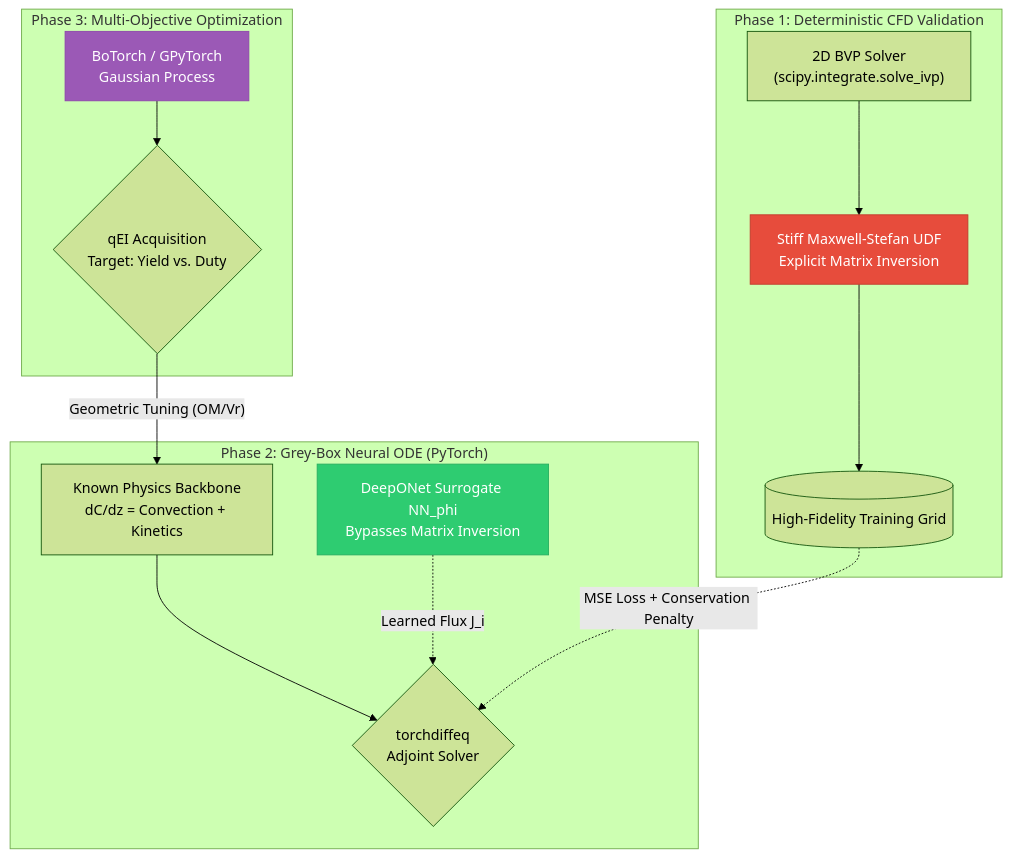
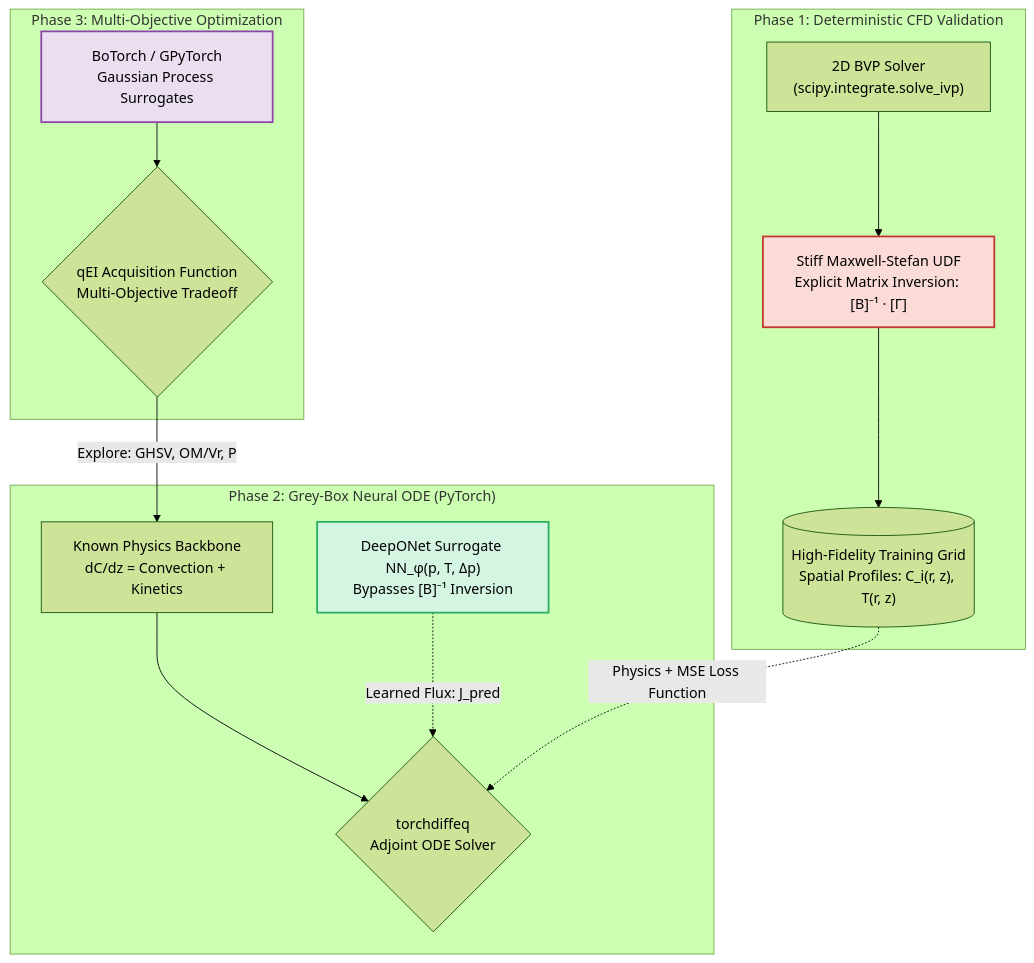
The second of 2 diagrams in README.md (shekharsameer2308/exi1), drawn with Mermaid (forest theme) before and after one commit. The commit also changed other lines of this file, not shown here.

Commit message:
Enhance Mermaid diagrams with clean Unicode math symbols and improved visual contrast

````diff
--- a/README.md
+++ b/README.md
@@ -57,22 +57,22 @@
 ```mermaid
-graph TD
-    subgraph "Phase 1: Deterministic CFD Validation"
-        A1["2D BVP Solver<br>(scipy.integrate.solve_ivp)"] --> A2["Stiff Maxwell-Stefan UDF<br>Explicit Matrix Inversion"]
-        A2 --> A3[("High-Fidelity Training Grid")]
+flowchart TD
+    subgraph P1["Phase 1: Deterministic CFD Validation"]
+        A1["2D BVP Solver<br>(scipy.integrate.solve_ivp)"] --> A2["Stiff Maxwell-Stefan UDF<br>Explicit Matrix Inversion: [B]⁻¹ · [Γ]"]
+        A2 --> A3[("High-Fidelity Training Grid<br>Spatial Profiles: C_i(r, z), T(r, z)")]
     end
 
-    subgraph "Phase 2: Grey-Box Neural ODE (PyTorch)"
-        B1["Known Physics Backbone<br>dC/dz = Convection + Kinetics"] --> B3{"torchdiffeq<br>Adjoint Solver"}
-        B2["DeepONet Surrogate NN_phi<br>Bypasses Matrix Inversion"] -.->|"Learned Flux J_i"| B3
-        A3 -.->|"MSE Loss + Conservation Penalty"| B3
+    subgraph P2["Phase 2: Grey-Box Neural ODE (PyTorch)"]
+        B1["Known Physics Backbone<br>dC/dz = Convection + Kinetics"] --> B3{"torchdiffeq<br>Adjoint ODE Solver"}
+        B2["DeepONet Surrogate NN_φ(p, T, Δp)<br>Bypasses [B]⁻¹ Inversion"] -.->|"Learned Flux: J_pred"| B3
+        A3 -.->|"Physics + MSE Loss Function"| B3
     end
 
-    subgraph "Phase 3: Multi-Objective Optimization"
-        C1["BoTorch / GPyTorch<br>Gaussian Process"] --> C2{"qEI Acquisition<br>Target: Yield vs. Duty"}
-        C2 -->|"Geometric Tuning (OM/Vr)"| B1
+    subgraph P3["Phase 3: Multi-Objective Optimization"]
+        C1["BoTorch / GPyTorch<br>Gaussian Process Surrogates"] --> C2{"qEI Acquisition Function<br>Multi-Objective Tradeoff"}
+        C2 -->|"Explore: GHSV, OM/Vr, P"| B1
     end
-    
-    style A2 fill:#e74c3c,color:#fff,stroke:#c0392b
-    style B2 fill:#2ecc71,color:#fff,stroke:#27ae60
-    style C1 fill:#9b59b6,color:#fff,stroke:#8e44ad
+
+    style A2 fill:#fadbd8,stroke:#c0392b,stroke-width:2px;
+    style B2 fill:#d5f5e3,stroke:#27ae60,stroke-width:2px;
+    style C1 fill:#ebdef0,stroke:#8e44ad,stroke-width:2px;
 ```
````
